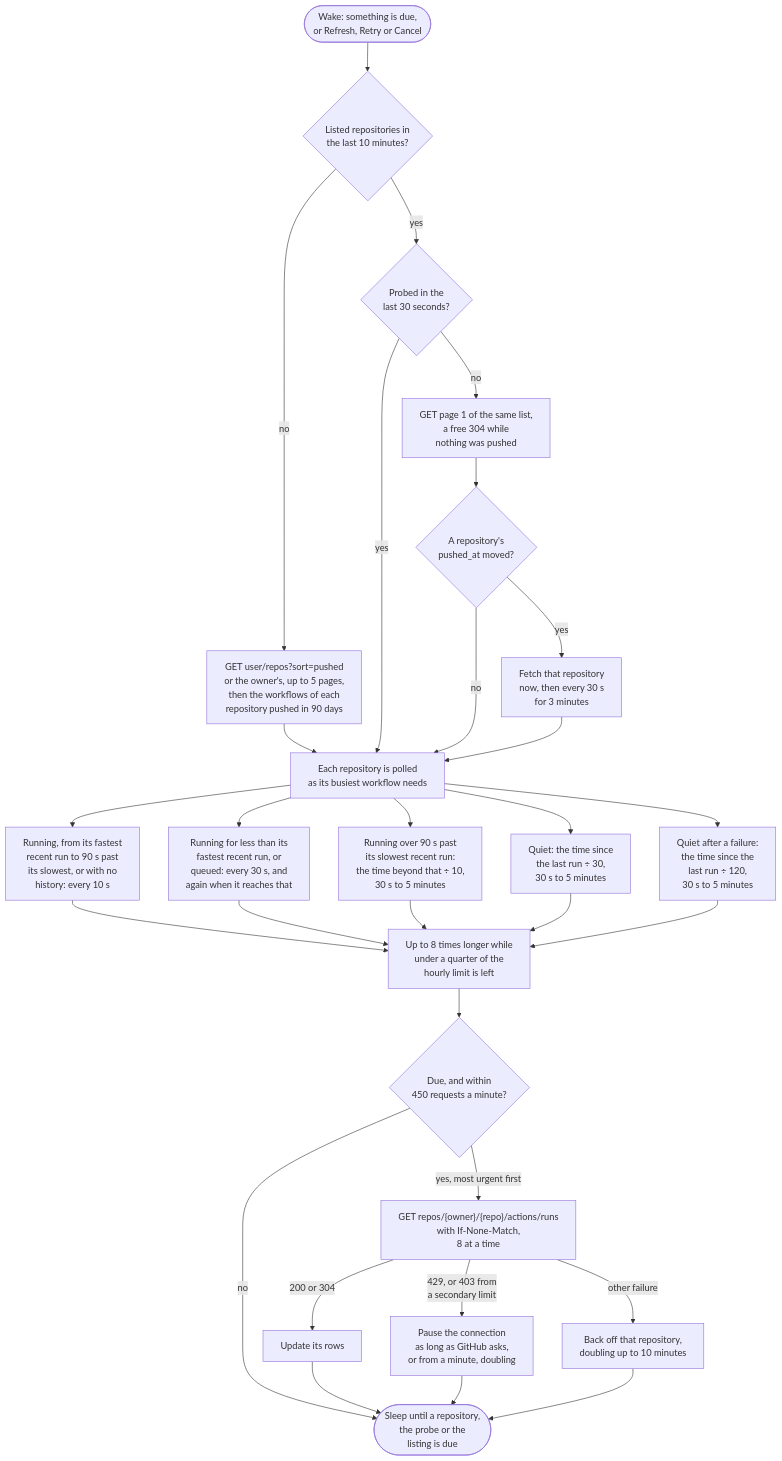
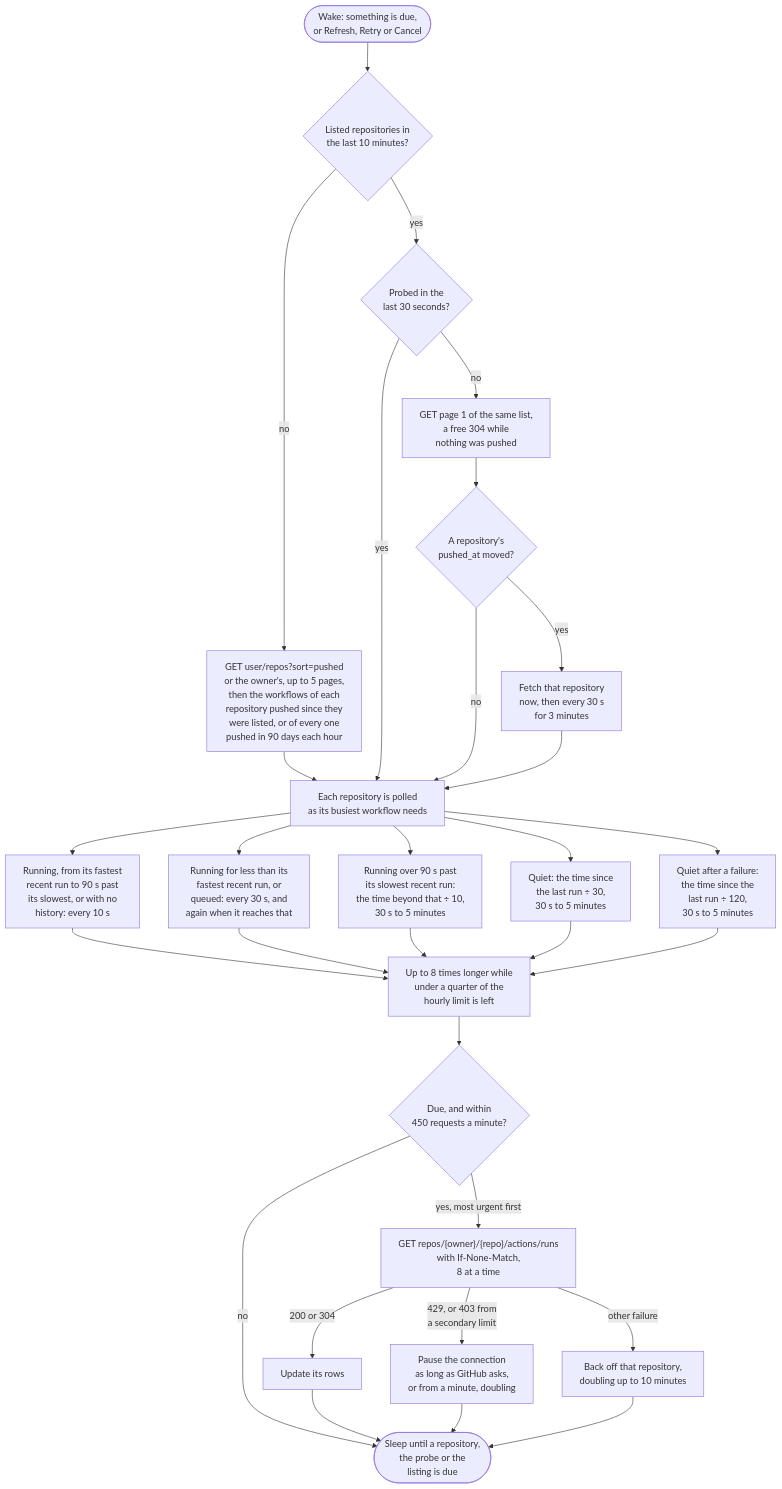
The diagram in docs/mdsource/providers/github.source.md (SimonCropp/BuildMonitor), drawn with Mermaid before and after one commit. The commit also changed other lines of this file and 92 other files, not shown here.

````diff
--- a/docs/mdsource/providers/github.source.md
+++ b/docs/mdsource/providers/github.source.md
@@ -36,37 +38,37 @@
 ```mermaid
 ---
 config:
   flowchart:
     wrappingWidth: 400
 ---
 flowchart TD
     wake(["Wake: something is due,<br/>or Refresh, Retry or Cancel"]) --> listed{"Listed repositories in<br/>the last 10 minutes?"}
-    listed -- "no" --> discover["GET user/repos?sort=pushed<br/>or the owner's, up to 5 pages,<br/>then the workflows of each<br/>repository pushed in 90 days"]
+    listed -- "no" --> discover["GET user/repos?sort=pushed<br/>or the owner's, up to 5 pages,<br/>then the workflows of each<br/>repository pushed since they<br/>were listed, or of every one<br/>pushed in 90 days each hour"]
     listed -- "yes" --> probed{"Probed in the<br/>last 30 seconds?"}
     probed -- "no" --> probe["GET page 1 of the same list,<br/>a free 304 while<br/>nothing was pushed"]
     probe --> moved{"A repository's<br/>pushed_at moved?"}
     moved -- "yes" --> nudge["Fetch that repository<br/>now, then every 30 s<br/>for 3 minutes"]
     discover --> interval["Each repository is polled<br/>as its busiest workflow needs"]
     probed -- "yes" --> interval
     moved -- "no" --> interval
     nudge --> interval
     interval --> finishing["Running, from its fastest<br/>recent run to 90 s past<br/>its slowest, or with no<br/>history: every 10 s"]
     interval --> running["Running for less than its<br/>fastest recent run, or<br/>queued: every 30 s, and<br/>again when it reaches that"]
     interval --> overrun["Running over 90 s past<br/>its slowest recent run:<br/>the time beyond that ÷ 10,<br/>30 s to 5 minutes"]
     interval --> quiet["Quiet: the time since<br/>the last run ÷ 30,<br/>30 s to 5 minutes"]
     interval --> failed["Quiet after a failure:<br/>the time since the<br/>last run ÷ 120,<br/>30 s to 5 minutes"]
     finishing --> stretch["Up to 8 times longer while<br/>under a quarter of the<br/>hourly limit is left"]
     running --> stretch
     overrun --> stretch
     quiet --> stretch
     failed --> stretch
     stretch --> due{"Due, and within<br/>450 requests a minute?"}
     due -- "no" --> sleep(["Sleep until a repository,<br/>the probe or the<br/>listing is due"])
     due -- "yes, most urgent first" --> fetch["GET repos/{owner}/{repo}/actions/runs<br/>with If-None-Match,<br/>8 at a time"]
     fetch -- "200 or 304" --> rows["Update its rows"]
     fetch -- "429, or 403 from<br/>a secondary limit" --> pause["Pause the connection<br/>as long as GitHub asks,<br/>or from a minute, doubling"]
     fetch -- "other failure" --> backoff["Back off that repository,<br/>doubling up to 10 minutes"]
     rows --> sleep
     pause --> sleep
     backoff --> sleep
 ```
````
